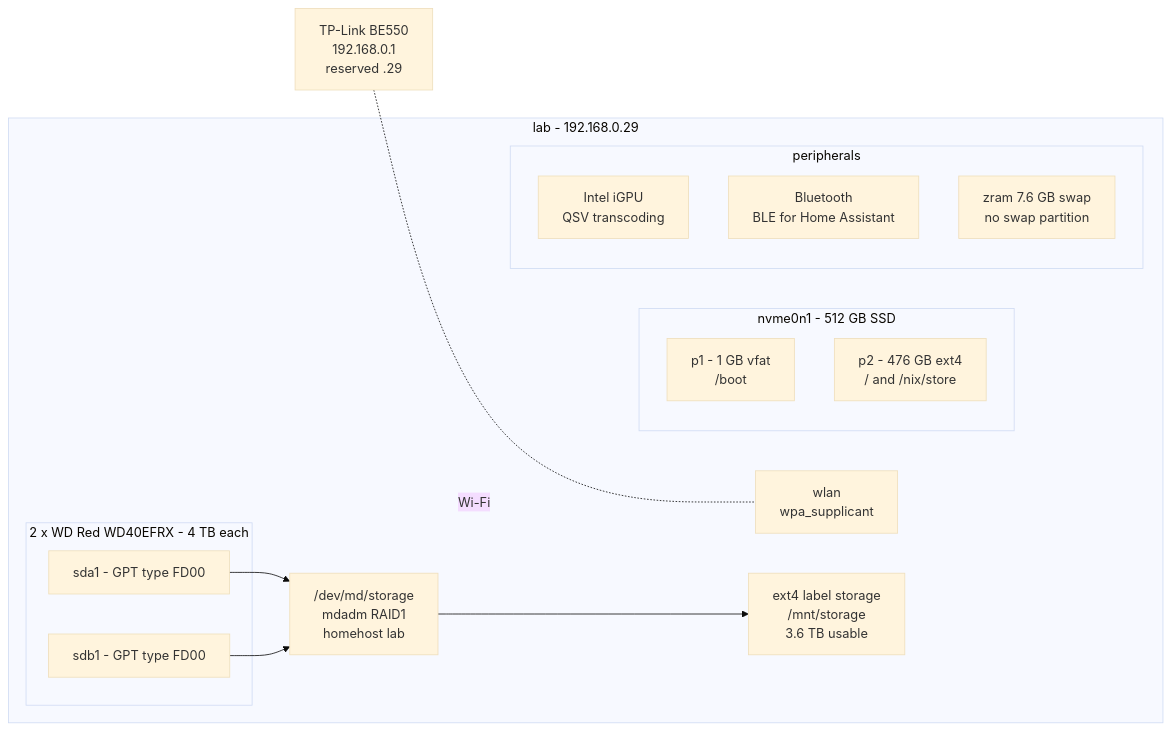
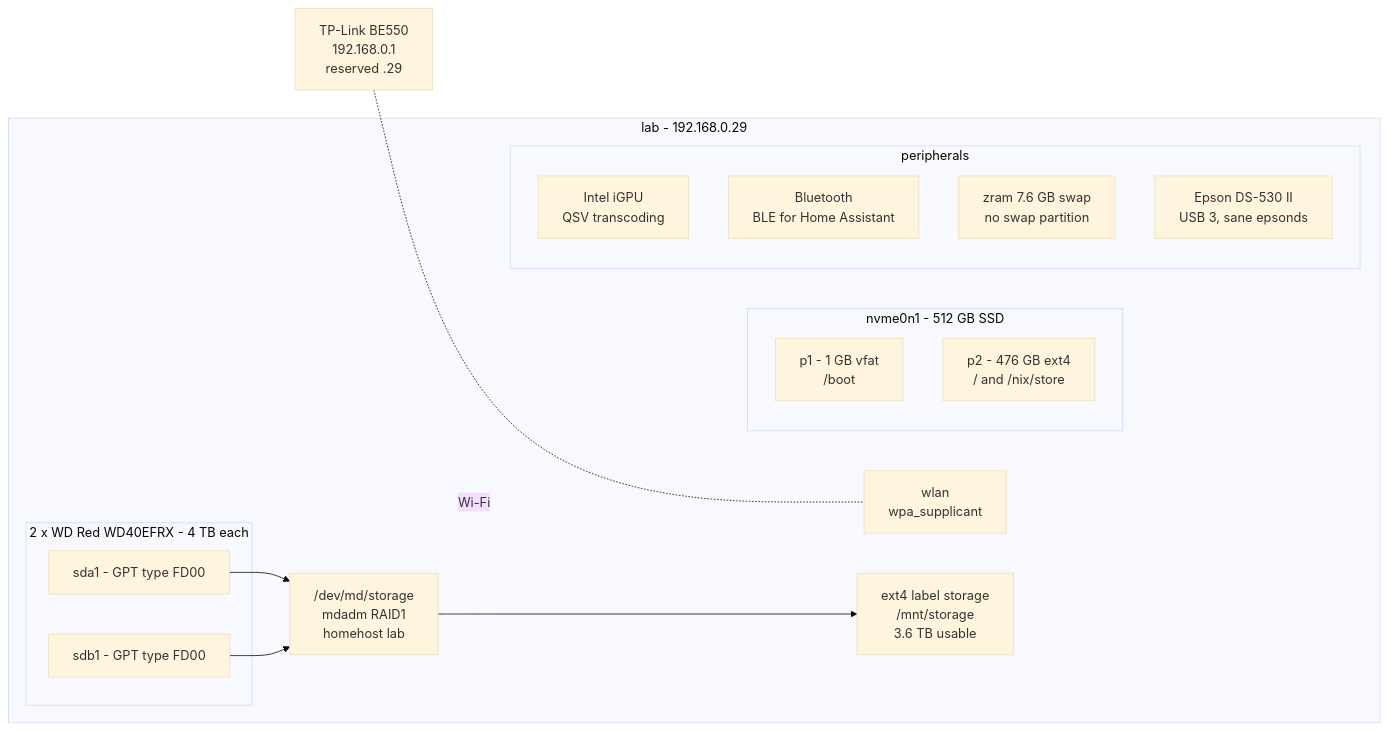
Before and after one commit to antonkesy/home-server: the first of 2 diagrams in README.md, drawn with Mermaid (base theme). The commit also changed other lines of this file and 7 other files, not shown here.

````diff
--- a/README.md
+++ b/README.md
@@ -13,31 +13,32 @@
 ```mermaid
 flowchart LR
   router["TP-Link BE550<br>192.168.0.1<br>reserved .29"] -. "Wi-Fi" .- nic["wlan<br>wpa_supplicant"]
 
   subgraph lab["lab - 192.168.0.29"]
     nic
 
     subgraph nvme["nvme0n1 - 512 GB SSD"]
       p1["p1 - 1 GB vfat<br>/boot"]
       p2["p2 - 476 GB ext4<br>/ and /nix/store"]
     end
 
     subgraph disks["2 x WD Red WD40EFRX - 4 TB each"]
       sda["sda1 - GPT type FD00"]
       sdb["sdb1 - GPT type FD00"]
     end
 
     md["/dev/md/storage<br>mdadm RAID1<br>homehost lab"]
     ext4["ext4 label storage<br>/mnt/storage<br>3.6 TB usable"]
 
     subgraph periph["peripherals"]
       igpu["Intel iGPU<br>QSV transcoding"]
       ble["Bluetooth<br>BLE for Home Assistant"]
       zram["zram 7.6 GB swap<br>no swap partition"]
+      scn["Epson DS-530 II<br>USB 3, sane epsonds"]
     end
   end
 
   sda --> md
   sdb --> md
   md --> ext4
 ```
````
